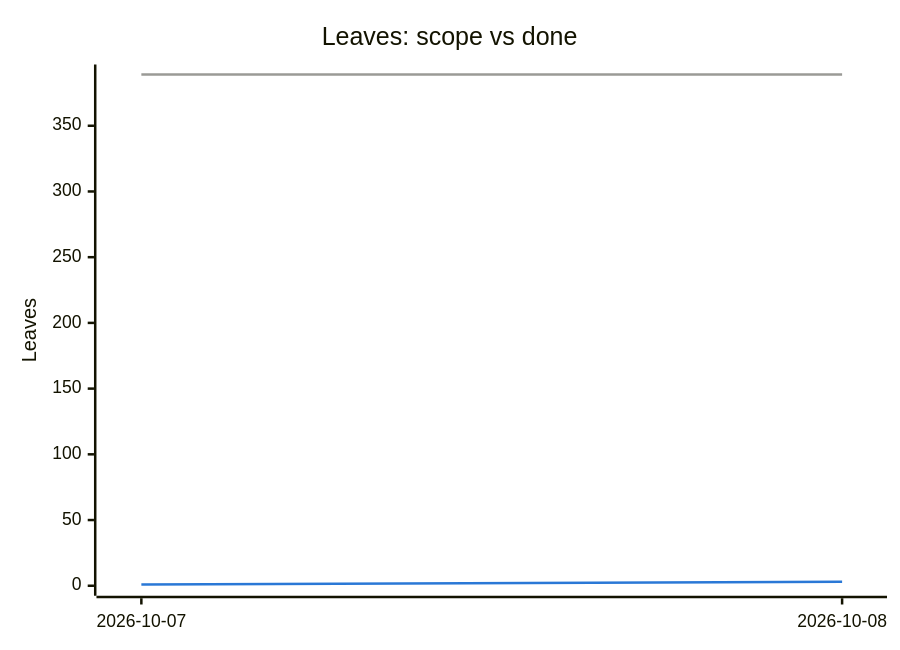
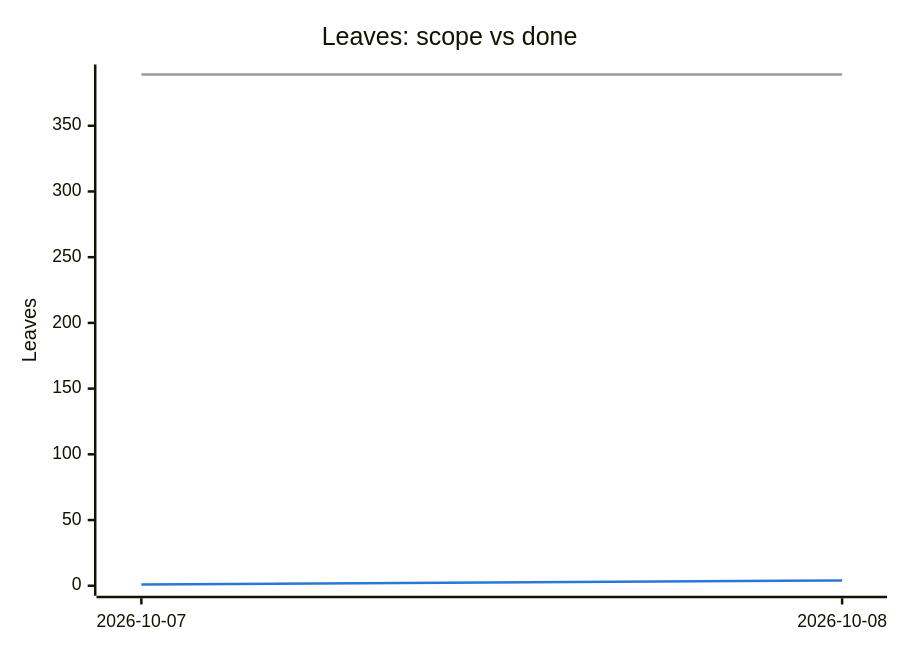
Before and after one commit to tomiok/persiaDB: the second of 2 diagrams in PROGRESS.md, drawn with Mermaid. The commit also changed other lines of this file and 15 other files, not shown here.

Commit message:
chore: license under Apache-2.0 (ROADMAP 0.1.3.1)

````diff
--- a/PROGRESS.md
+++ b/PROGRESS.md
@@ -106,14 +106,14 @@
 ```mermaid
 ---
 config:
   themeVariables:
     xyChart:
       plotColorPalette: "#9a9a96, #2a78d6"
 ---
 xychart-beta
   title "Leaves: scope vs done"
   x-axis ["2026-10-07", "2026-10-08"]
   y-axis "Leaves" 0 --> 389
   line [389, 389]
-  line [1, 3]
+  line [1, 4]
 ```
````
